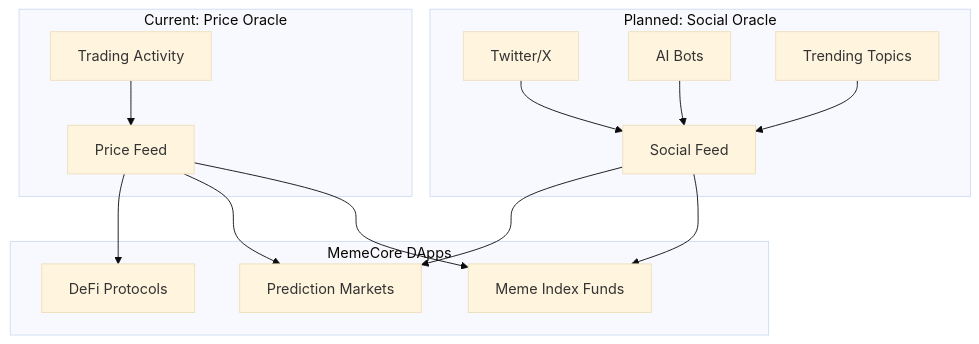
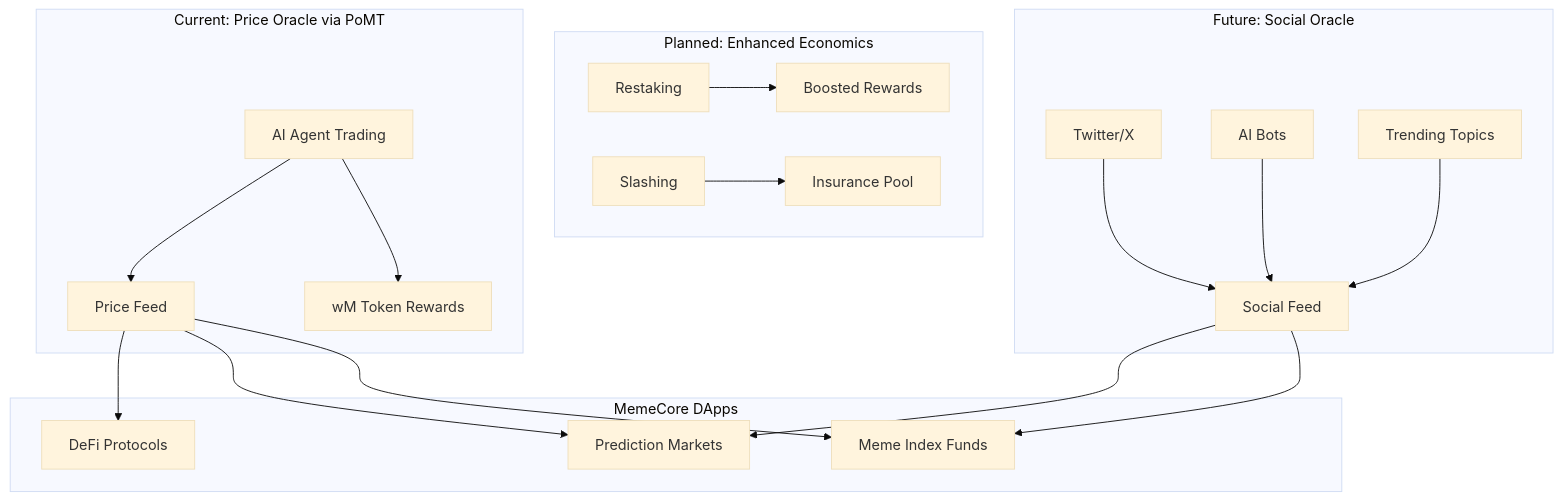
One commit to woogieboogie-jl/memepulse changed the sixth of 6 diagrams in README.md. Above: the diagram before and after it, drawn with Mermaid (base theme). The commit also changed other lines of this file and 3 other files, not shown here.

Commit message:
add credibility slashing tooltip, PoMT clarification, fix wM mined to show actual rewards

````diff
--- a/README.md
+++ b/README.md
@@ -508,20 +528,26 @@
 ```mermaid
 graph TB
-    subgraph Current["Current: Price Oracle"]
-        Trade[Trading Activity] --> Price[Price Feed]
+    subgraph Current["Current: Price Oracle via PoMT"]
+        Trade[AI Agent Trading] --> Price[Price Feed]
+        Trade --> Rewards[wM Token Rewards]
     end
     
-    subgraph Planned["Planned: Social Oracle"]
+    subgraph Planned["Planned: Enhanced Economics"]
+        Stake[Restaking] --> Boost[Boosted Rewards]
+        Slash[Slashing] --> Insurance[Insurance Pool]
+    end
+    
+    subgraph Future["Future: Social Oracle"]
         Twitter[Twitter/X] --> Social[Social Feed]
         AI[AI Bots] --> Social
         Trends[Trending Topics] --> Social
     end
     
     subgraph DApps["MemeCore DApps"]
         Price --> App1[DeFi Protocols]
         Price --> App2[Prediction Markets]
         Social --> App2
         Social --> App3[Meme Index Funds]
         Price --> App3
     end
 ```
````
